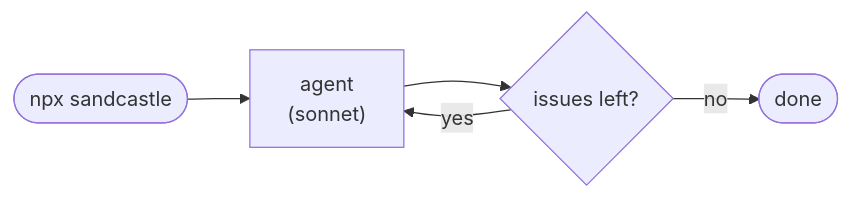
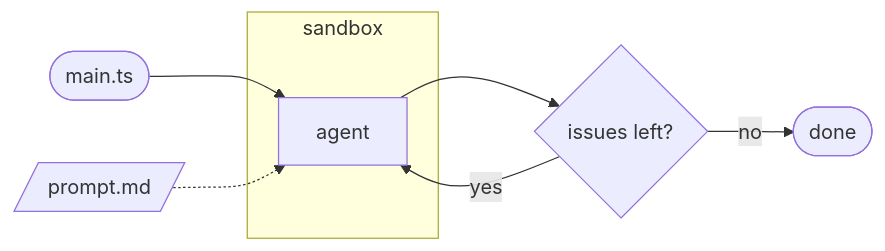
One commit to RRMoelker/sandcastle-beads-workshop changed the second of 5 diagrams in slides/slides.md. Above: the diagram before and after it, drawn with Mermaid. The commit also changed other lines of this file and 3 other files, not shown here.

````diff
--- a/slides/slides.md
+++ b/slides/slides.md
@@ -224,7 +231,12 @@
 ```mermaid
 flowchart LR
-  A(["npx sandcastle"]) --> B["agent<br/>(sonnet)"]
+  A(["main.ts"]) --> B["agent"]
+  IP[/"prompt.md"/] -.-> B
   B --> C{"issues left?"}
   C -- yes --> B
   C -- no --> D(["done"])
+
+  subgraph SB["sandbox"]
+    B
+  end
 ```
````
